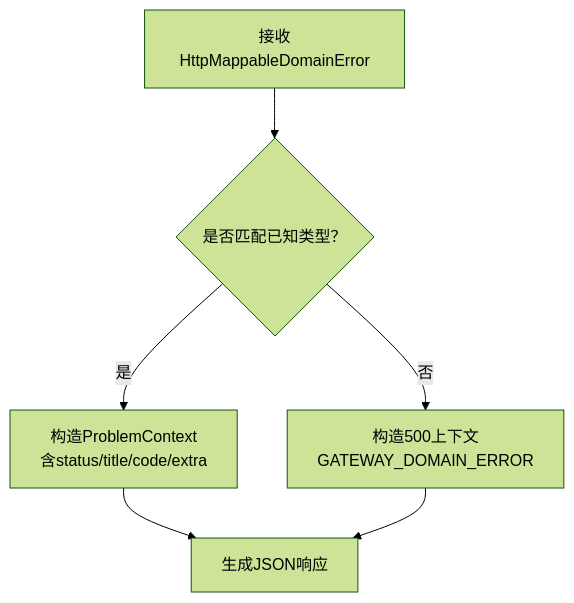
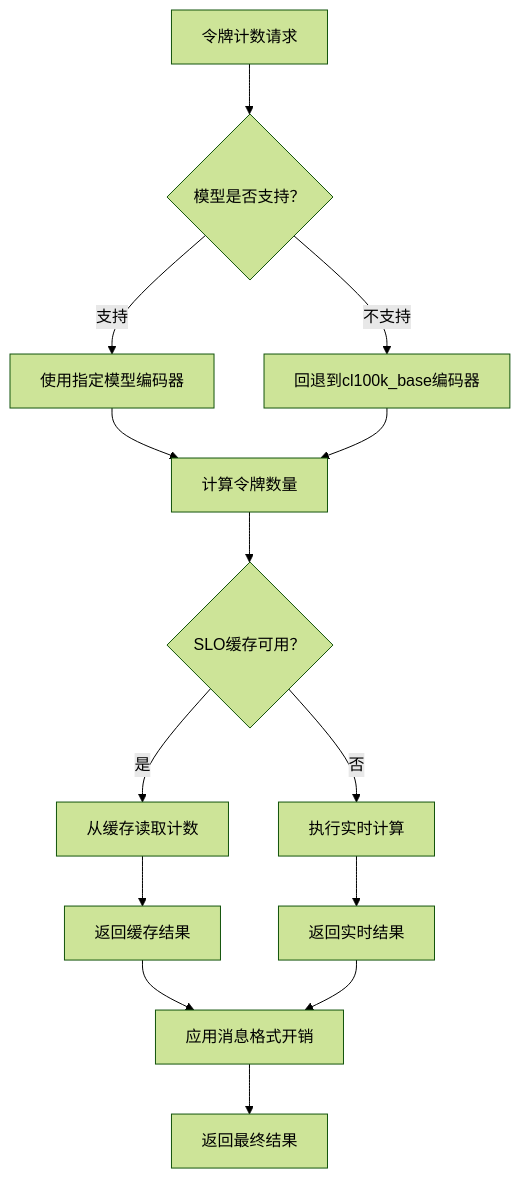
One commit to tianyehedashu/ai-agent changed the sixth of 8 diagrams in .qoder/repowiki/zh/content/后端服务架构/基础设施层/异常处理机制.md. Above: the diagram before and after it, drawn with Mermaid (forest theme). The commit also changed other lines of this file and 46 other files, not shown here.

````diff
--- a/.qoder/repowiki/zh/content/后端服务架构/基础设施层/异常处理机制.md
+++ b/.qoder/repowiki/zh/content/后端服务架构/基础设施层/异常处理机制.md
@@ -202,8 +287,16 @@
 ```mermaid
 flowchart TD
-A["接收HttpMappableDomainError"] --> B{"是否匹配已知类型？"}
-B --> |是| C["构造ProblemContext<br/>含status/title/code/extra"]
-B --> |否| D["构造500上下文<br/>GATEWAY_DOMAIN_ERROR"]
-C --> E["生成JSON响应"]
+A["令牌计数请求"] --> B{"模型是否支持？"}
+B --> |支持| C["使用指定模型编码器"]
+B --> |不支持| D["回退到cl100k_base编码器"]
+C --> E["计算令牌数量"]
 D --> E
+E --> F{"SLO缓存可用？"}
+F --> |是| G["从缓存读取计数"]
+F --> |否| H["执行实时计算"]
+G --> I["返回缓存结果"]
+H --> J["返回实时结果"]
+I --> K["应用消息格式开销"]
+J --> K
+K --> L["返回最终结果"]
 ```
````
